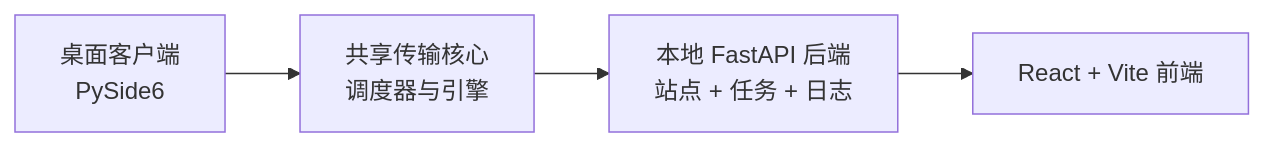
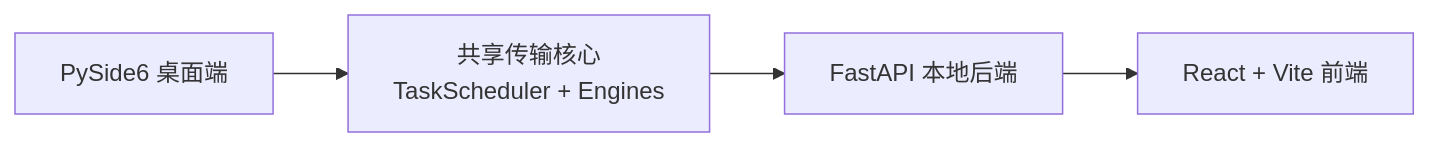
The diagram in README_zh.md (lllllllama/SSHFerry), drawn with Mermaid before and after one commit. The commit also changed other lines of this file and 23 other files, not shown here.

````diff
--- a/README_zh.md
+++ b/README_zh.md
@@ -44,6 +43,6 @@
 ```mermaid
 flowchart LR
-    A[桌面客户端<br/>PySide6] --> B[共享传输核心<br/>调度器与引擎]
-    B --> C[本地 FastAPI 后端<br/>站点 + 任务 + 日志]
+    A[PySide6 桌面端] --> B[共享传输核心<br/>TaskScheduler + Engines]
+    B --> C[FastAPI 本地后端]
     C --> D[React + Vite 前端]
 ```
````
